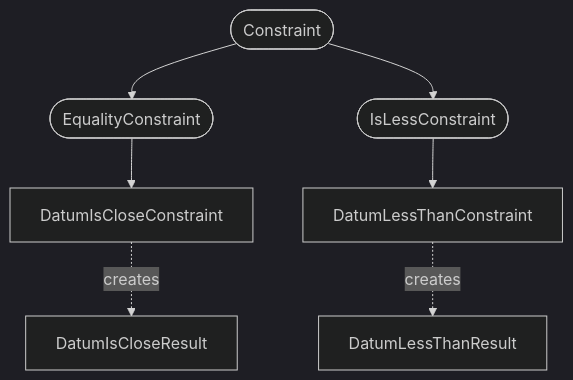
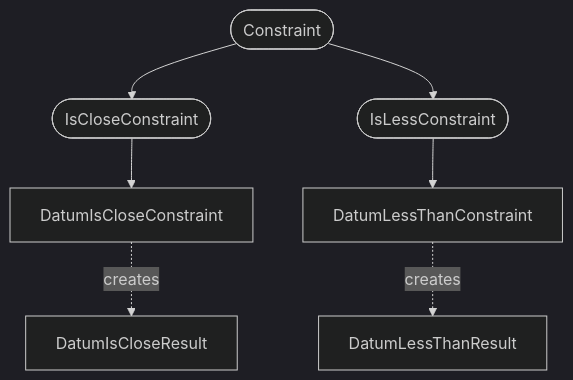
One commit to bmad-sim/pytao changed the fourth of 6 diagrams in docs/constraints/index.md. Above: the diagram before and after it, drawn with Mermaid (dark theme). The commit also changed other lines of this file and 5 other files, not shown here.

````diff
--- a/docs/constraints/index.md
+++ b/docs/constraints/index.md
@@ -122,9 +122,9 @@
 ```mermaid
 flowchart TD
-    Constraint([Constraint]) --> EqualityConstraint([EqualityConstraint])
+    Constraint([Constraint]) --> IsCloseConstraint([IsCloseConstraint])
     Constraint --> IsLessConstraint([IsLessConstraint])
-    EqualityConstraint --> DatumIsCloseConstraint[DatumIsCloseConstraint]
+    IsCloseConstraint --> DatumIsCloseConstraint[DatumIsCloseConstraint]
     IsLessConstraint --> DatumLessThanConstraint[DatumLessThanConstraint]
     DatumIsCloseConstraint -. creates .-> DatumIsCloseResult[DatumIsCloseResult]
     DatumLessThanConstraint -. creates .-> DatumLessThanResult[DatumLessThanResult]
 ```
````
